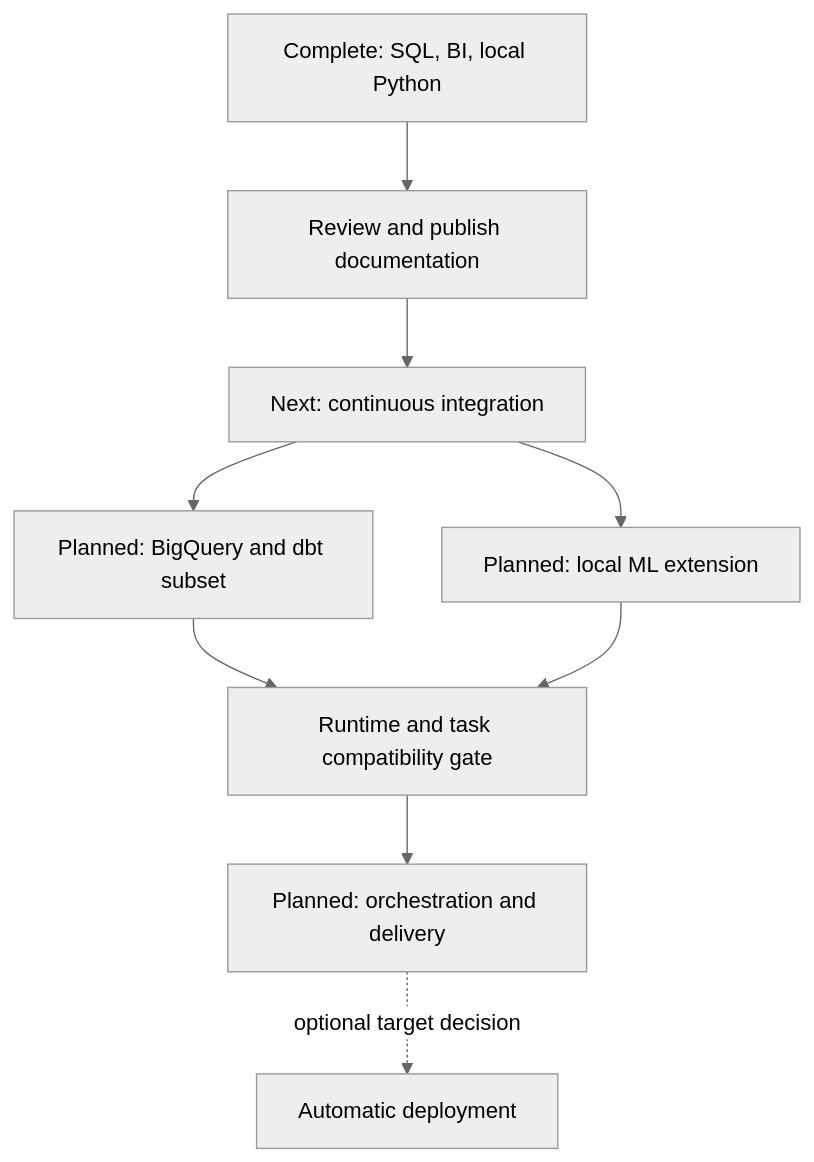
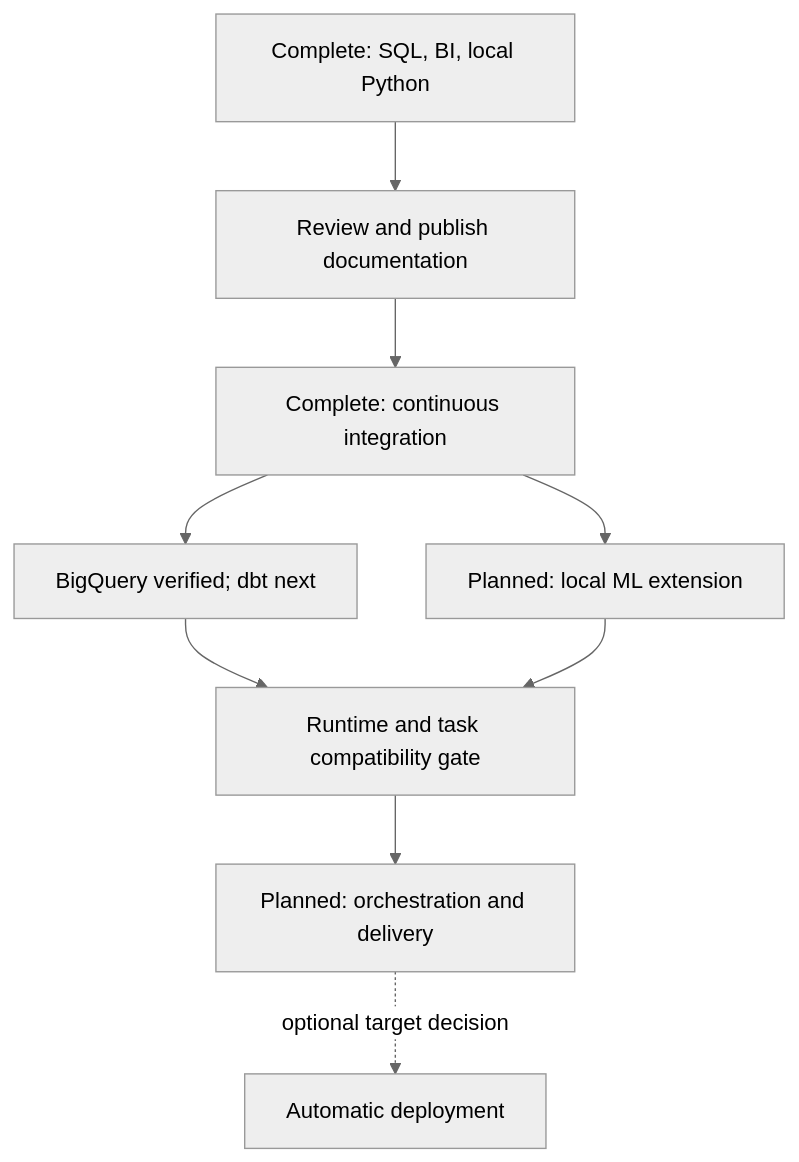
One commit to Saurabhzambare/instacart-sql-powerbi-analysis changed the diagram in docs/assets/project_planning/02_milestone_dependencies.mmd. Above: the diagram before and after it, drawn with Mermaid (neutral theme). The commit also changed 35 other files, not shown here.

First line of the commit message:
Add verified BigQuery loading and SQL reconciliation

```diff
--- a/docs/assets/project_planning/02_milestone_dependencies.mmd
+++ b/docs/assets/project_planning/02_milestone_dependencies.mmd
@@ -1,9 +1,9 @@
 flowchart TD
     BASE["Complete: SQL, BI, local Python"] --> DOC["Review and publish documentation"]
-    DOC --> CI["Next: continuous integration"]
-    CI --> CLOUD["Planned: BigQuery and dbt subset"]
+    DOC --> CI["Complete: continuous integration"]
+    CI --> CLOUD["BigQuery verified; dbt next"]
     CI --> ML["Planned: local ML extension"]
     CLOUD --> GATE["Runtime and task compatibility gate"]
     ML --> GATE
     GATE --> ORCH["Planned: orchestration and delivery"]
     ORCH -. "optional target decision" .-> DEP["Automatic deployment"]
```
